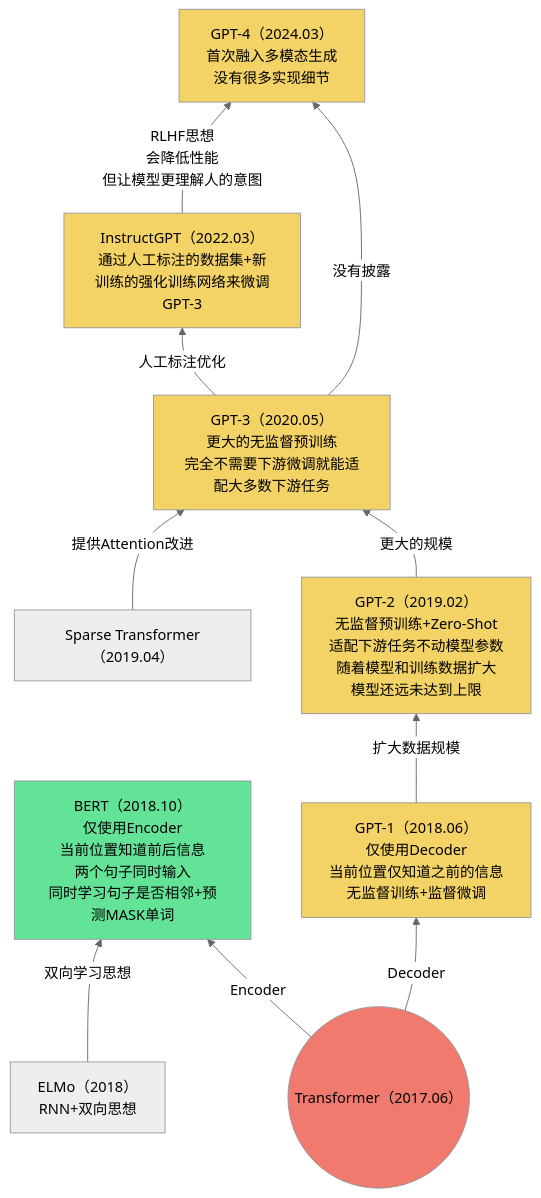
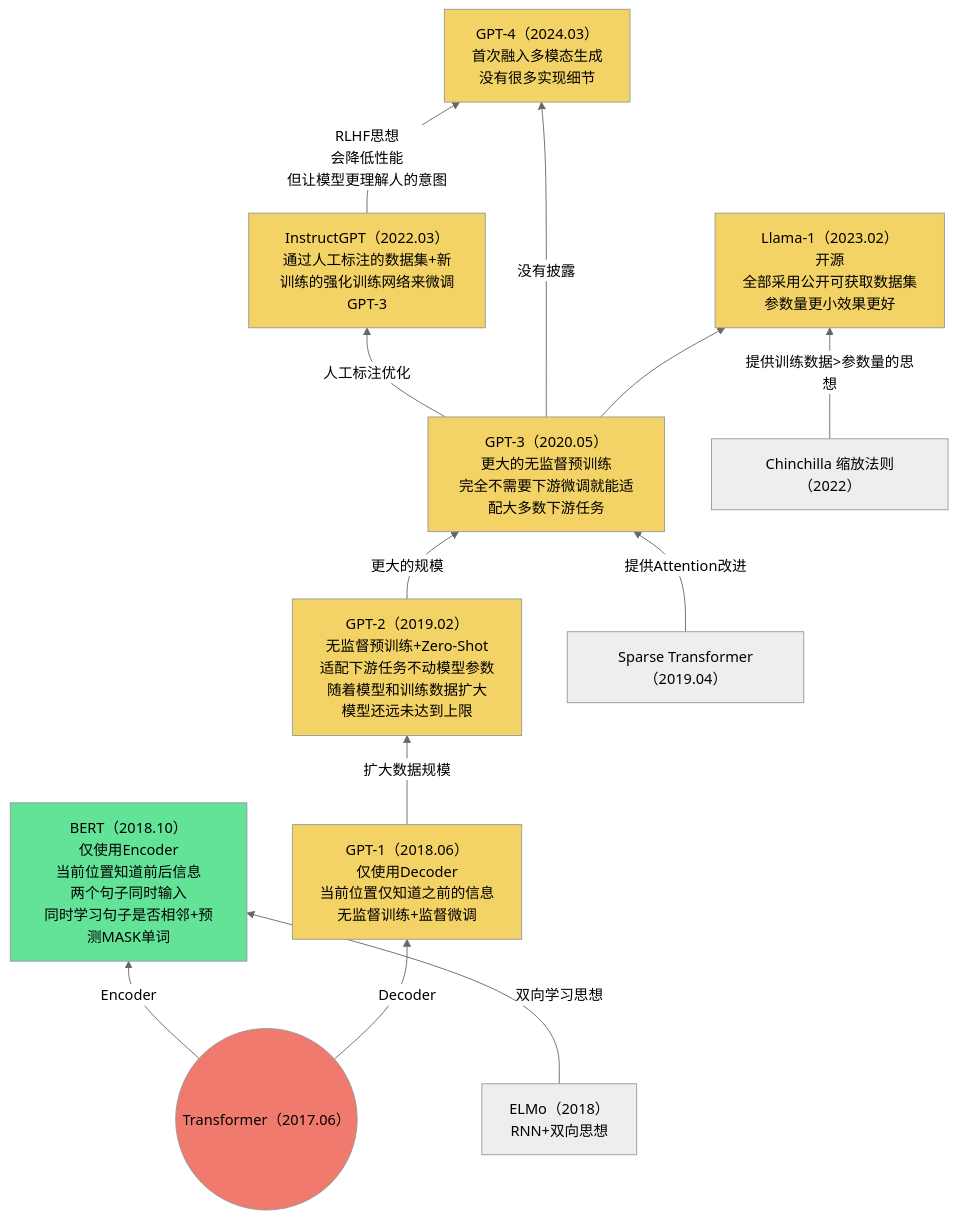
Before and after one commit to Elephant-King9/Paper: the third of 4 diagrams in Base_Model/LLM/analyse.md, drawn with Mermaid (neutral theme). The commit also changed 4 other files, not shown here.

Commit message:
update_LLaMA: Open and Efficient Foundation Language Models

````diff
--- a/Base_Model/LLM/analyse.md
+++ b/Base_Model/LLM/analyse.md
@@ -48,32 +48,36 @@
 ```mermaid
 flowchart BT
 Transformer-->|Encoder|BERT
 Transformer-->|Decoder|GPT-1
 ELMo-->|双向学习思想|BERT
 GPT-1-->|扩大数据规模|GPT-2
 GPT-2-->|更大的规模|GPT-3
 Sparse_Transformer-->|提供Attention改进|GPT-3
 GPT-3-->|人工标注优化|InstructGPT
 GPT-3-->|没有披露|GPT-4
+GPT-3-->Llama-1
 InstructGPT-->|RLHF思想<br>会降低性能<br>但让模型更理解人的意图|GPT-4
-
+Training_Compute-Optimal_Large_Language_Models-->|提供训练数据>参数量的思想|Llama-1
 
 
 
 Transformer@{ shape: circle, label: "Transformer（2017.06）" }
 				style Transformer fill:#EF7A6D
 GPT-1[GPT-1（2018.06）<br>仅使用Decoder<br>当前位置仅知道之前的信息<br>无监督训练+监督微调]
 	style GPT-1 fill:#F3D266
 BERT[BERT（2018.10）<br>仅使用Encoder<br>当前位置知道前后信息<br>两个句子同时输入<br>同时学习句子是否相邻+预测MASK单词]
 	style BERT fill:#63E398
 ELMo[ELMo（2018）<br>RNN+双向思想]
 GPT-2[GPT-2（2019.02）<br>无监督预训练+Zero-Shot<br>适配下游任务不动模型参数<br>随着模型和训练数据扩大<br>模型还远未达到上限]
 	style GPT-2 fill:#F3D266
 Sparse_Transformer[Sparse Transformer（2019.04）]
 GPT-3[GPT-3（2020.05）<br>更大的无监督预训练<br>完全不需要下游微调就能适配大多数下游任务]
 	style GPT-3 fill:#F3D266
 InstructGPT[InstructGPT（2022.03）<br>通过人工标注的数据集+新训练的强化训练网络来微调GPT-3]
 	style InstructGPT fill:#F3D266
 GPT-4[GPT-4（2024.03）<br>首次融入多模态生成<br>没有很多实现细节]
 	style GPT-4 fill:#F3D266
+Training_Compute-Optimal_Large_Language_Models[Chinchilla 缩放法则（2022）]
+Llama-1[Llama-1（2023.02）<br>开源<br>全部采用公开可获取数据集<br>参数量更小效果更好]
+	style Llama-1 fill:#F3D266
 ```
````
